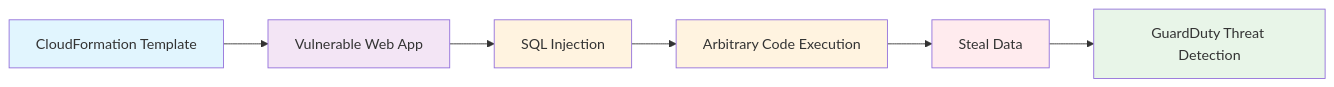
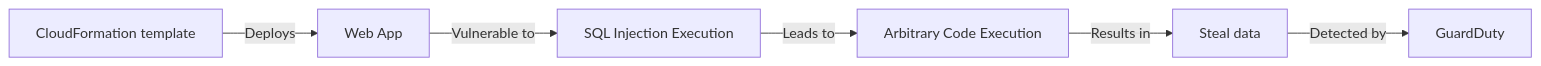
The diagram in Threat Detection with GuardDuty/Architectural Diagram Threat Detection with GuardDuty.mmd (whenzvarrerz/Security---Amazon-Web-Services), drawn with Mermaid before and after one commit.

Commit message:
Update Architectural Diagram Threat Detection with GuardDuty.mmd

```diff
--- a/Threat Detection with GuardDuty/Architectural Diagram Threat Detection with GuardDuty.mmd
+++ b/Threat Detection with GuardDuty/Architectural Diagram Threat Detection with GuardDuty.mmd
@@ -1,13 +1,6 @@
 graph LR
-    A[CloudFormation Template] --> B[Vulnerable Web App]
-    B --> C[SQL Injection]
-    C --> D[Arbitrary Code Execution]
-    D --> E[Steal Data]
-    E --> F[GuardDuty Threat Detection]
-
-    style A fill:#e1f5fe
-    style B fill:#f3e5f5
-    style C fill:#fff3e0
-    style D fill:#fff3e0
-    style E fill:#ffebee
-    style F fill:#e8f5e8
+    A[CloudFormation template] -->|Deploys| B[Web App]
+    B -->|Vulnerable to| C[SQL Injection Execution]
+    C -->|Leads to| D[Arbitrary Code Execution]
+    D -->|Results in| E[Steal data]
+    E -->|Detected by| F[GuardDuty]
```
